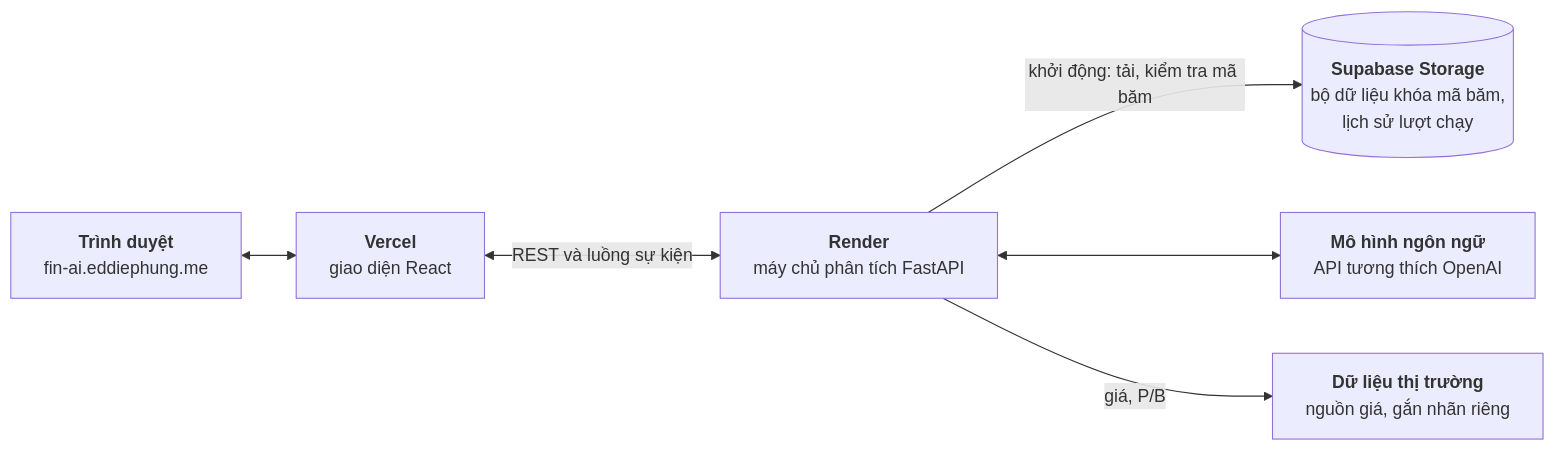
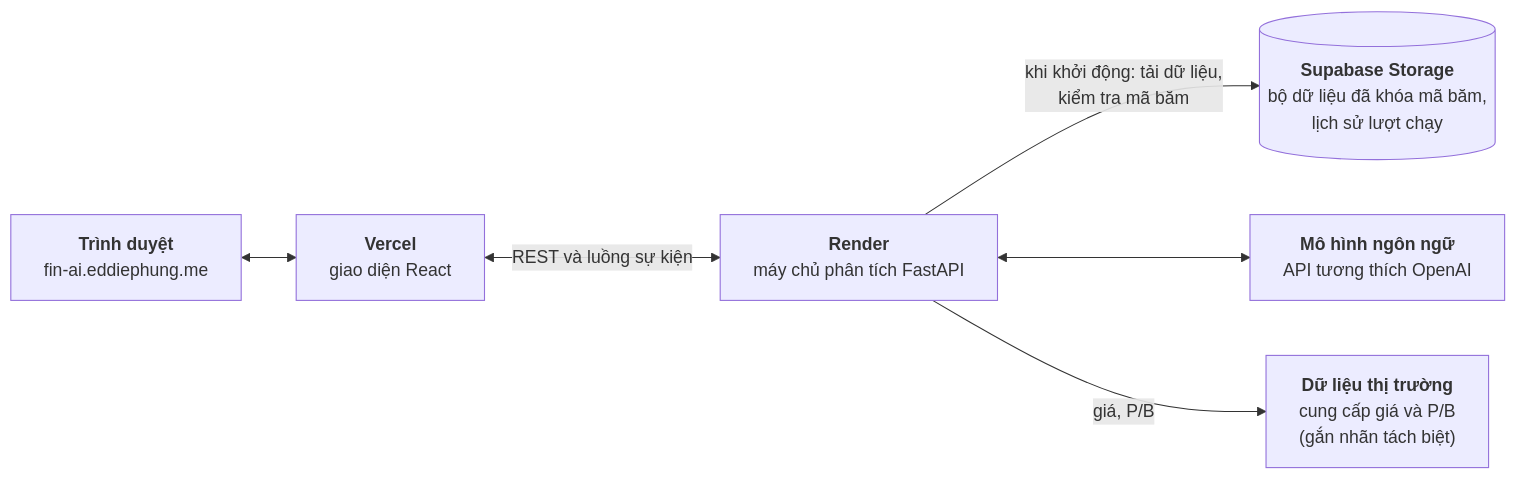
Before and after one commit to thaicuong576/final-thesis: the diagram in docs/thesis-v2/figures/hinh-4-3-kien-truc-trien-khai.mmd, drawn with Mermaid. The commit also changed 10 other files, not shown here.

Commit message:
docs(thesis): fix figure wording, Vietnamese number format in charts, Fig 3.2 layout (#185)

```diff
--- a/docs/thesis-v2/figures/hinh-4-3-kien-truc-trien-khai.mmd
+++ b/docs/thesis-v2/figures/hinh-4-3-kien-truc-trien-khai.mmd
@@ -1,12 +1,12 @@
 flowchart LR
     B["<b>Trình duyệt</b><br/>fin-ai.eddiephung.me"]
     FE["<b>Vercel</b><br/>giao diện React"]
     BE["<b>Render</b><br/>máy chủ phân tích FastAPI"]
-    ST[("<b>Supabase Storage</b><br/>bộ dữ liệu khóa mã băm,<br/>lịch sử lượt chạy")]
+    ST[("<b>Supabase Storage</b><br/>bộ dữ liệu đã khóa mã băm,<br/>lịch sử lượt chạy")]
     LLM["<b>Mô hình ngôn ngữ</b><br/>API tương thích OpenAI"]
-    MK["<b>Dữ liệu thị trường</b><br/>nguồn giá, gắn nhãn riêng"]
+    MK["<b>Dữ liệu thị trường</b><br/>cung cấp giá và P/B<br/>(gắn nhãn tách biệt)"]
     B <--> FE
     FE <-->|"REST và luồng sự kiện"| BE
-    BE -->|"khởi động: tải, kiểm tra mã băm"| ST
+    BE -->|"khi khởi động: tải dữ liệu,<br/>kiểm tra mã băm"| ST
     BE <--> LLM
     BE -->|"giá, P/B"| MK
```
